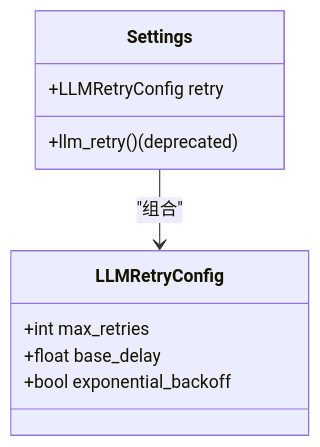
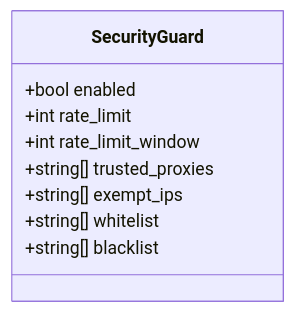
The fourth of 5 diagrams in .qoder/repowiki/zh/content/配置管理/系统配置.md (gongzili456/DeepTutor), drawn with Mermaid before and after one commit. The commit also changed other lines of this file and 1242 other files, not shown here.

````diff
--- a/.qoder/repowiki/zh/content/配置管理/系统配置.md
+++ b/.qoder/repowiki/zh/content/配置管理/系统配置.md
@@ -151,13 +200,12 @@
 ```mermaid
 classDiagram
-class LLMRetryConfig {
-+int max_retries
-+float base_delay
-+bool exponential_backoff
+class SecurityGuard {
++bool enabled
++int rate_limit
++int rate_limit_window
++string[] trusted_proxies
++string[] exempt_ips
++string[] whitelist
++string[] blacklist
 }
-class Settings {
-+LLMRetryConfig retry
-+llm_retry() (deprecated)
-}
-Settings --> LLMRetryConfig : "组合"
 ```
````
